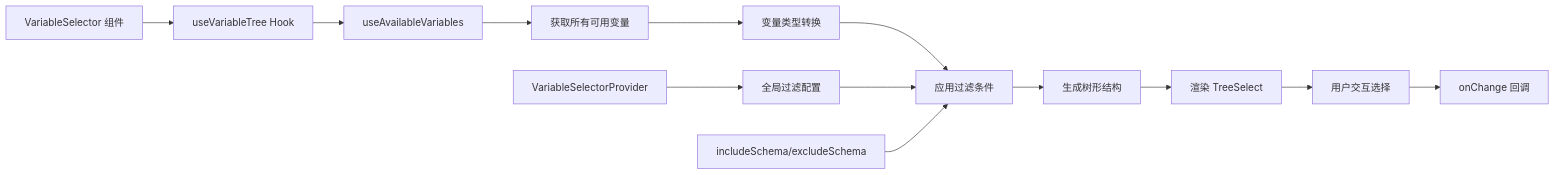
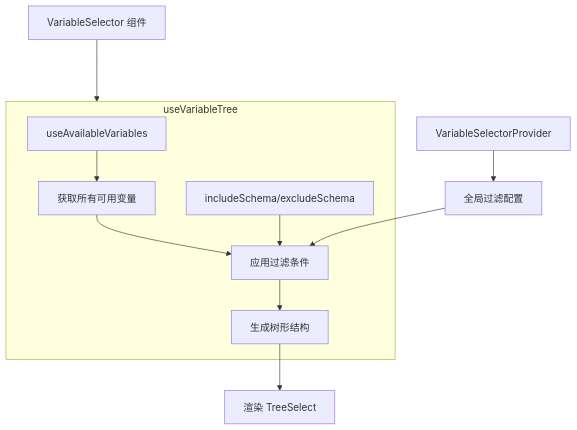
The diagram in apps/docs/src/zh/guide/materials/components/variable-selector.mdx (sanmaopep/flowgram.ai), drawn with Mermaid before and after one commit. The commit also changed 19 other files, not shown here.

````diff
--- a/apps/docs/src/zh/guide/materials/components/variable-selector.mdx
+++ b/apps/docs/src/zh/guide/materials/components/variable-selector.mdx
@@ -139,17 +139,17 @@
 ```mermaid
-graph LR
-    A[VariableSelector 组件] --> B[useVariableTree Hook]
-    B --> C[useAvailableVariables]
-    C --> D[获取所有可用变量]
-    D --> E[变量类型转换]
-    E --> F[应用过滤条件]
-    F --> G[生成树形结构]
-    G --> H[渲染 TreeSelect]
-    H --> I[用户交互选择]
-    I --> J[onChange 回调]
+graph TD
+    A[VariableSelector 组件] ---> useVariableTree
 
     K[VariableSelectorProvider] --> L[全局过滤配置]
+    subgraph useVariableTree
+      C[useAvailableVariables] --> D[获取所有可用变量]
+      D --> F[应用过滤条件]
+      F --> G[生成树形结构]
+      M[includeSchema/excludeSchema] --> F
+    end
+
+    G --> H[渲染 TreeSelect]
     L --> F
 
-    M[includeSchema/excludeSchema] --> F
+
 ```
````
